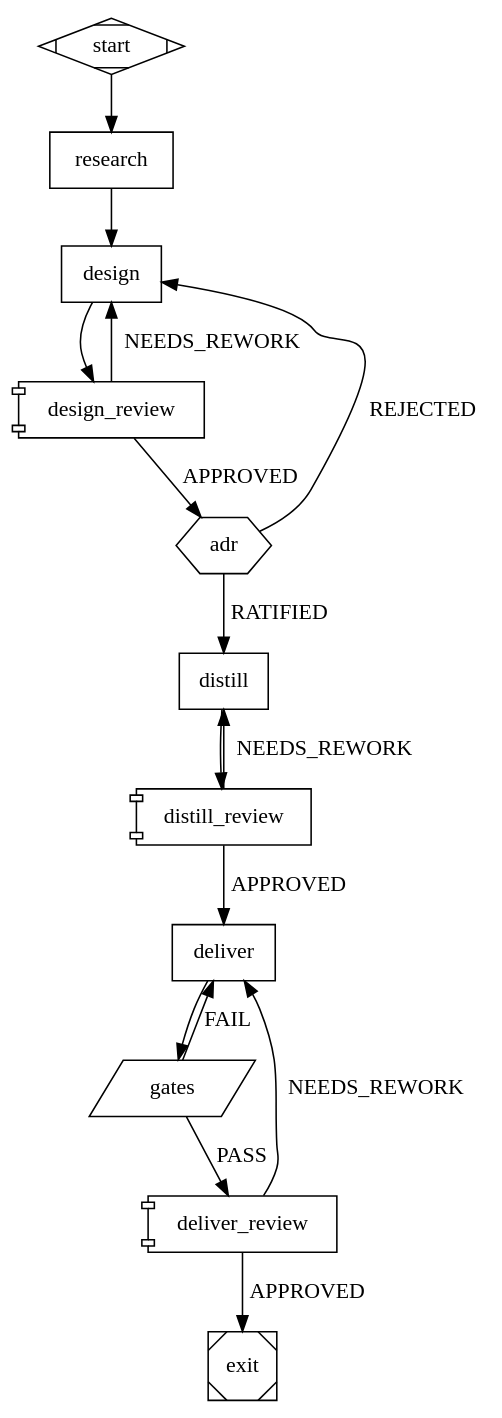
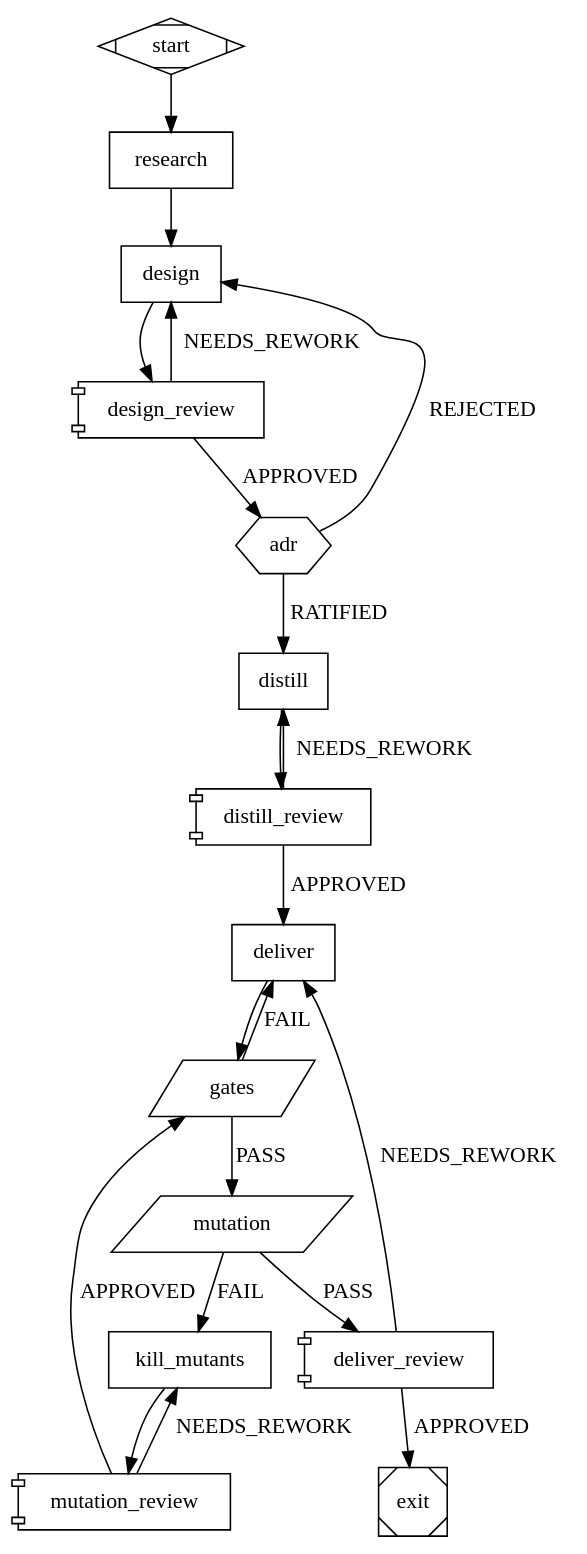
The diagram in plugins/skraft-framework/workflows/skraft.dot (SebastienDegodez/skraft-plugin), drawn with Graphviz before and after one commit. The commit also changed 26 other files, not shown here.

First line of the commit message:
feat(engine): mutation closure loop — survivors by file, test-integrity each round

```diff
--- a/plugins/skraft-framework/workflows/skraft.dot
+++ b/plugins/skraft-framework/workflows/skraft.dot
@@ -1,34 +1,43 @@
 // The skraft pipeline. Copy it into a repository with `skraft workflow eject`, then add
 // agents, lenses, gates or questions; `skraft workflow check` validates it, `skraft workflow diff`
 // compares it with this one. A node marked locked=true can only be dropped with unlock="<reason>".
 // model= is the family an agent runs on; a review node (shape=component) runs each lens `<name>` as the agent `<name>-lens`, on `<name>@<family>`, else the node's model=, else haiku.
 // A hexagon asks a human: the run waits until `skraft decide` answers.
+// each="survivor-file" runs an agent once per file holding mutants the mutation gate left alive.
 digraph skraft {
   graph [version="2", goal="Deliver the story"]
 
   start    [shape=Mdiamond]
   research [shape=box, agent="solution-researcher", phase="RESEARCH", model="sonnet"]
   design   [shape=box, agent="solution-architect", phase="DESIGN", model="opus"]
   design_review [shape=component, lenses="consistency,architecture-compliance,fitness"]
   adr      [shape=hexagon, question="adr-ratification"]
   distill  [shape=box, agent="acceptance-designer", phase="DISTILL", model="sonnet"]
   distill_review [shape=component, lenses="coverage,business-alignment,testability,boundary-enforcement"]
   deliver  [shape=box, agent="software-engineer", phase="DELIVER", model="sonnet"]
-  gates    [shape=parallelogram, gate="build,format,lint,test,architecture,coverage,mutation", goal_gate=true, locked=true, phase="DELIVER"]
+  gates    [shape=parallelogram, gate="build,format,lint,test,architecture,coverage", goal_gate=true, locked=true, phase="DELIVER"]
+  mutation [shape=parallelogram, gate="mutation", goal_gate=true, locked=true]
+  kill_mutants [shape=box, agent="software-engineer", each="survivor-file", model="sonnet"]
+  mutation_review [shape=component, lenses="test-integrity"]
   deliver_review [shape=component, lenses="test-integrity,architecture-boundaries,cold-reader,mock-fidelity,contract-fidelity"]
   exit     [shape=Msquare]
 
   start -> research -> design -> design_review
   design_review -> design  [label="NEEDS_REWORK", max_visits=3]
   design_review -> adr     [label="APPROVED"]
   adr -> distill   [label="RATIFIED"]
   adr -> design    [label="REJECTED", max_visits=3]
   distill -> distill_review
   distill_review -> distill [label="NEEDS_REWORK", max_visits=3]
   distill_review -> deliver [label="APPROVED"]
   deliver -> gates
   gates -> deliver [label="FAIL", max_visits=3]
-  gates -> deliver_review [label="PASS"]
+  gates -> mutation [label="PASS"]
+  mutation -> kill_mutants [label="FAIL", max_visits=5]
+  kill_mutants -> mutation_review
+  mutation_review -> kill_mutants [label="NEEDS_REWORK", max_visits=3]
+  mutation_review -> gates [label="APPROVED"]
+  mutation -> deliver_review [label="PASS"]
   deliver_review -> deliver [label="NEEDS_REWORK", max_visits=3]
   deliver_review -> exit    [label="APPROVED"]
 }
```
